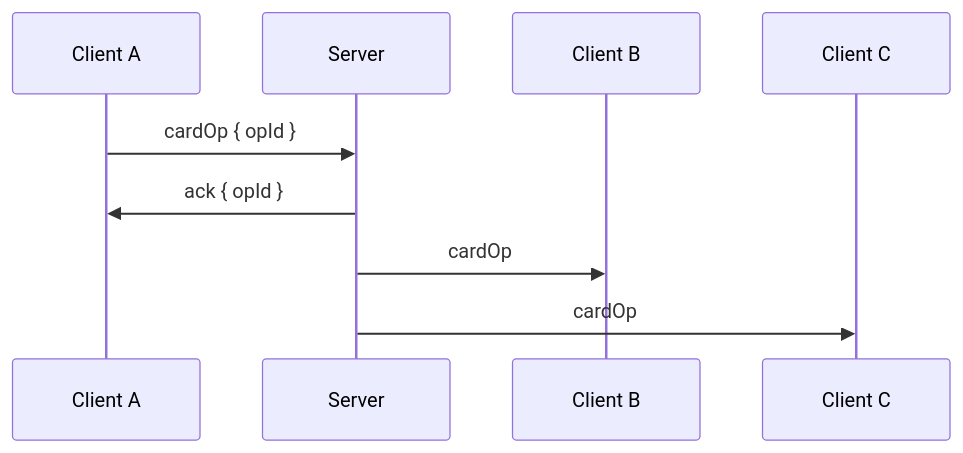
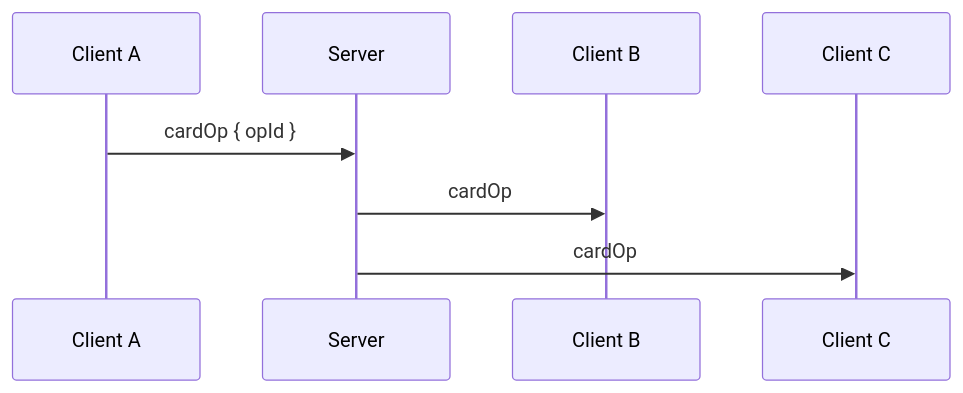
Before and after one commit to yoannchaudet/delta-board: the second of 2 diagrams in docs/PROTOCOL.md, drawn with Mermaid. The commit also changed other lines of this file and 5 other files, not shown here.

````diff
--- a/docs/PROTOCOL.md
+++ b/docs/PROTOCOL.md
@@ -376,12 +358,11 @@
 ```mermaid
 sequenceDiagram
     participant A as Client A
     participant S as Server
     participant B as Client B
     participant C as Client C
 
     A->>S: cardOp { opId }
-    S->>A: ack { opId }
     S->>B: cardOp
     S->>C: cardOp
 ```
````
